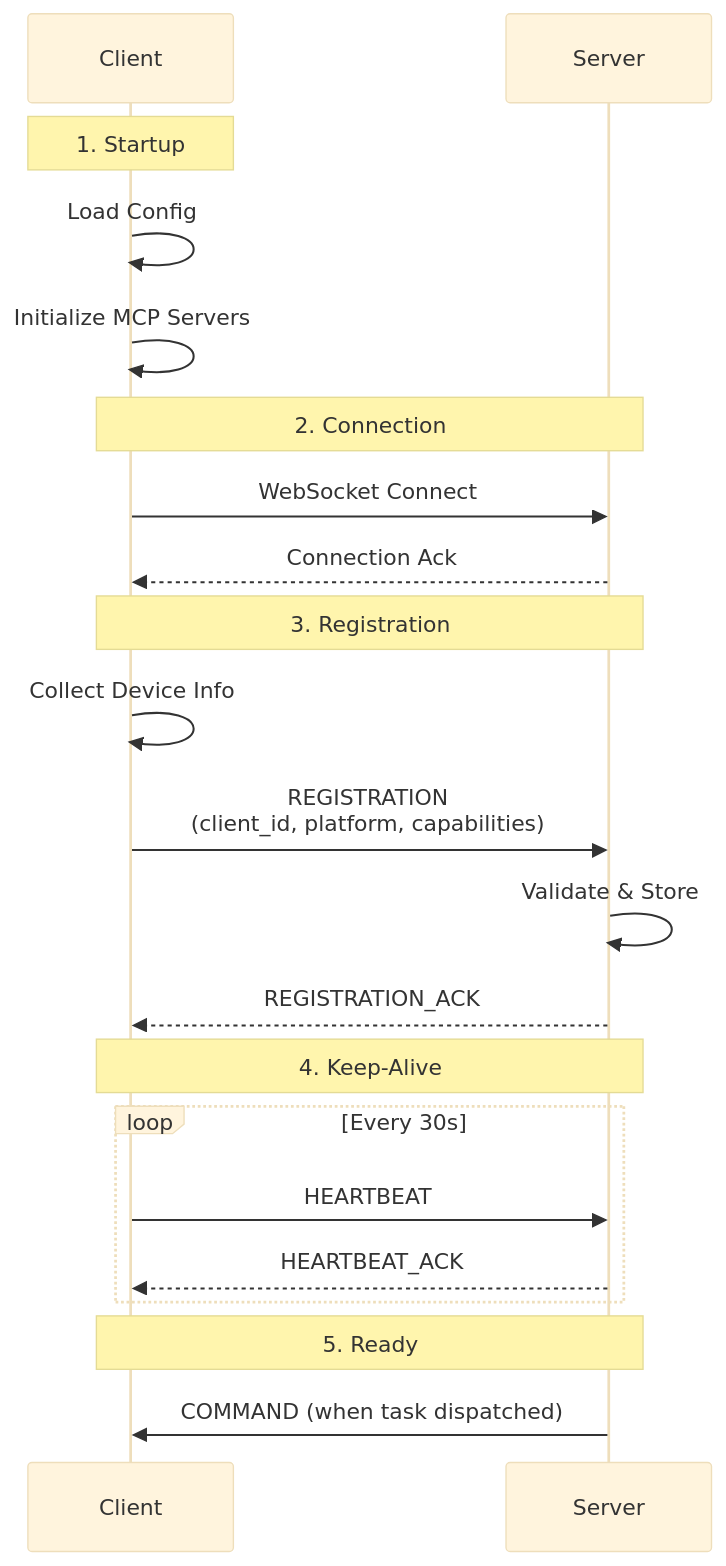
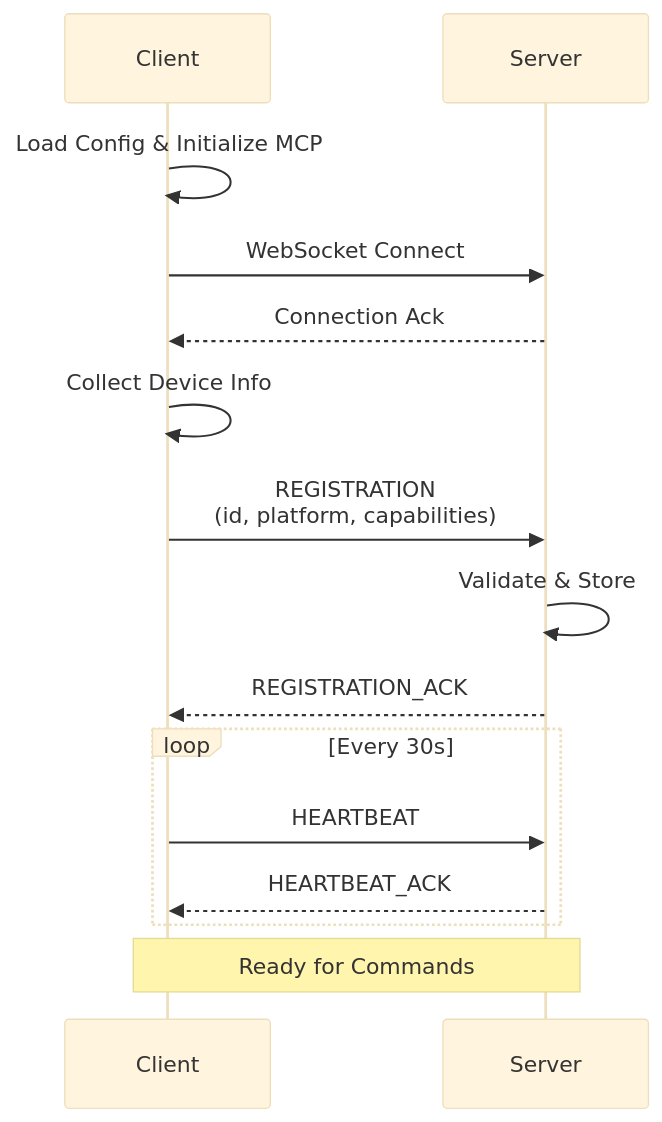
The first of 2 diagrams in documents/docs/client/quick_start.md (microsoft/UFO), drawn with Mermaid (base theme) before and after one commit. The commit also changed other lines of this file and 7 other files, not shown here.

````diff
--- a/documents/docs/client/quick_start.md
+++ b/documents/docs/client/quick_start.md
@@ -193,28 +186,21 @@
 ```mermaid
 sequenceDiagram
     participant C as Client
     participant S as Server
     
-    Note over C: 1. Startup
-    C->>C: Load Config
-    C->>C: Initialize MCP Servers
-    
-    Note over C,S: 2. Connection
+    C->>C: Load Config & Initialize MCP
     C->>S: WebSocket Connect
     S-->>C: Connection Ack
     
-    Note over C,S: 3. Registration
     C->>C: Collect Device Info
-    C->>S: REGISTRATION<br/>(client_id, platform, capabilities)
+    C->>S: REGISTRATION<br/>(id, platform, capabilities)
     S->>S: Validate & Store
     S-->>C: REGISTRATION_ACK
     
-    Note over C,S: 4. Keep-Alive
     loop Every 30s
         C->>S: HEARTBEAT
         S-->>C: HEARTBEAT_ACK
     end
     
-    Note over C,S: 5. Ready
-    S->>C: COMMAND (when task dispatched)
+    Note over C,S: Ready for Commands
 ```
````
